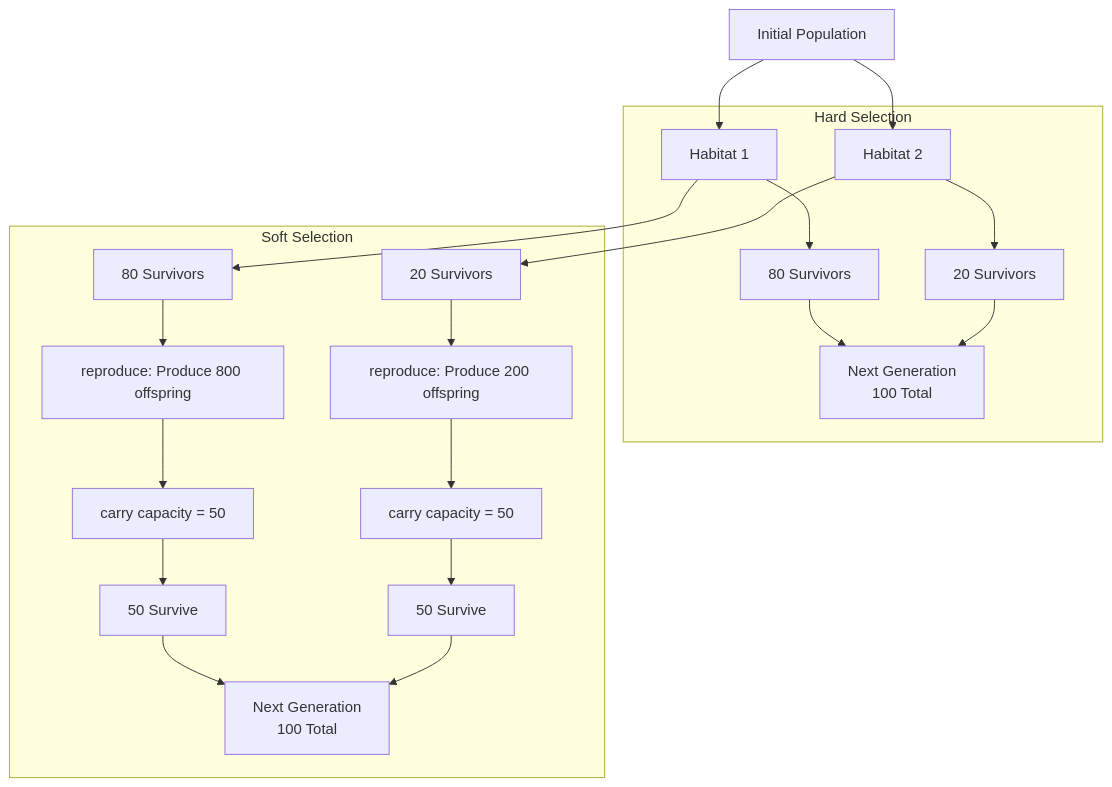
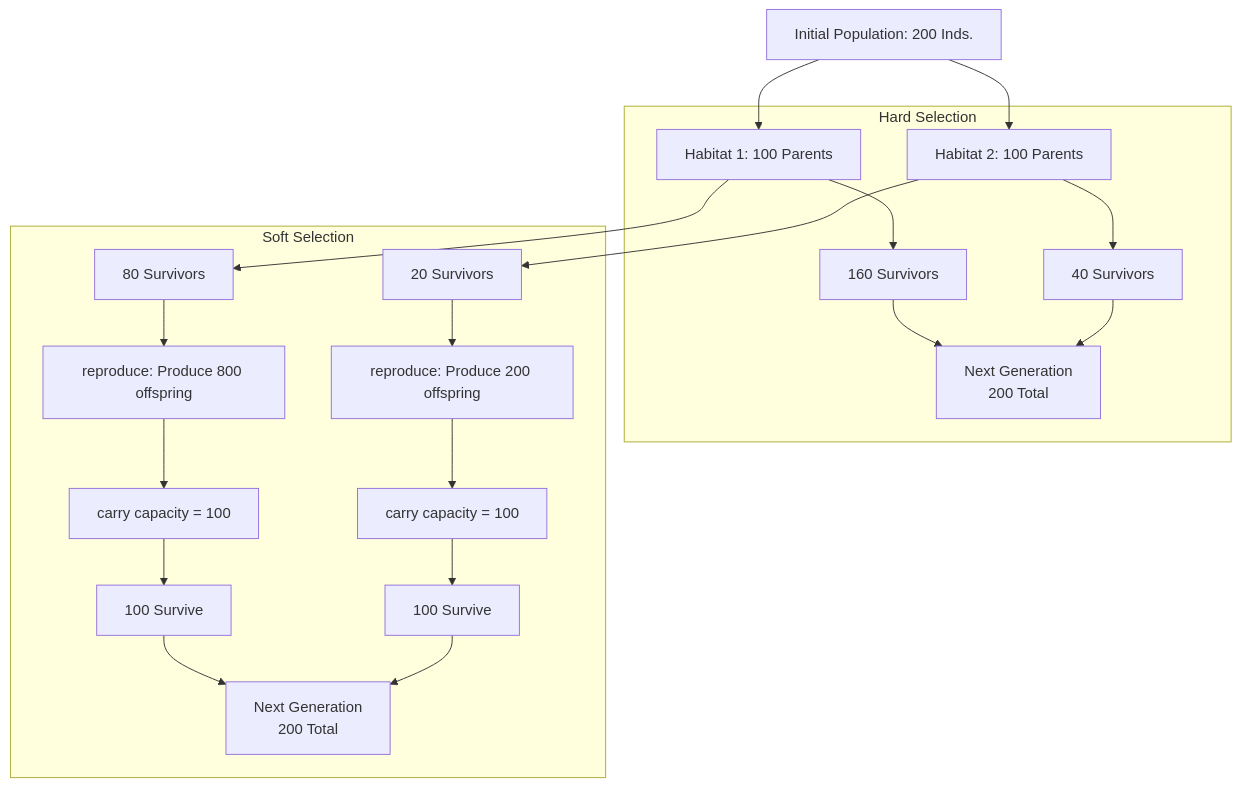
The first of 2 diagrams in Lectures/3.Fitness_EulerLotka_TypesOfSelection/3.hard_and_soft_selection.md (Jcbnunez/uvm-popgen), drawn with Mermaid before and after one commit.

Commit message:
typesofsel5

````diff
--- a/Lectures/3.Fitness_EulerLotka_TypesOfSelection/3.hard_and_soft_selection.md
+++ b/Lectures/3.Fitness_EulerLotka_TypesOfSelection/3.hard_and_soft_selection.md
@@ -125,59 +125,57 @@
 ```mermaid  
 
 flowchart TD  
 
   
 
-A[Initial Population]  
+A[Initial Population: 200 Inds.]  
 
-  
+A --> H1[Habitat 1: 100 Parents]  
 
-A --> H1[Habitat 1]  
-
-A --> H2[Habitat 2]  
+A --> H2[Habitat 2: 100 Parents]  
 
   
 
 subgraph Hard Selection  
 
-H1 --> HS1[80 Survivors]  
+H1 --> HS1[160 Survivors]  
 
-H2 --> HS2[20 Survivors]  
+H2 --> HS2[40 Survivors]  
 
   
 
-HS1 --> HN[Next Generation<br/>100 Total]  
+HS1 --> HN[Next Generation<br/>200 Total]  
 
 HS2 --> HN  
 
 end  
 
   
 
 subgraph Soft Selection  
 
 H1 --> SS1[80 Survivors]  
 
 H2 --> SS2[20 Survivors] 
 
 
 SS1 --> SS11[reproduce: Produce 800 offspring]  
 
 SS2 --> SS22[reproduce: Produce 200 offspring]  
   
 
-SS11 --> SQ1[carry capacity = 50]  
+SS11 --> SQ1[carry capacity = 100]  
 
-SS22 --> SQ2[carry capacity = 50]  
+SS22 --> SQ2[carry capacity = 100]  
 
-SQ1 --> SQQ1[50 Survive]  
+SQ1 --> SQQ1[100 Survive]  
 
-SQ2 --> SQQ2[50 Survive]  
+SQ2 --> SQQ2[100 Survive]  
 
-SQQ1 --> SN[Next Generation<br/>100 Total]  
+SQQ1 --> SN[Next Generation<br/>200 Total]  
 
 SQQ2 --> SN  
 
 end  
 
 ```
````
